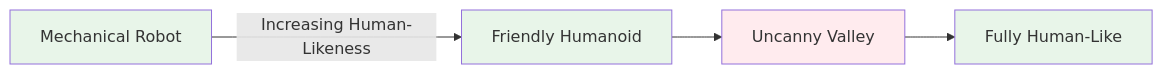
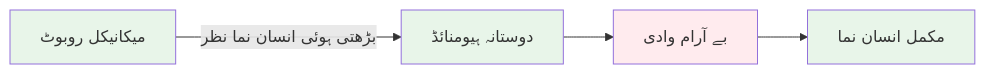
The fourth of 4 diagrams in humanoid-robotics-book/i18n/ur/docusaurus-plugin-content-docs/current/part1-foundations/chapter-02-understanding-humanoid-robots.md (laraib28/hackathon1), drawn with Mermaid before and after one commit. The commit also changed other lines of this file and 148 other files, not shown here.

````diff
--- a/humanoid-robotics-book/i18n/ur/docusaurus-plugin-content-docs/current/part1-foundations/chapter-02-understanding-humanoid-robots.md
+++ b/humanoid-robotics-book/i18n/ur/docusaurus-plugin-content-docs/current/part1-foundations/chapter-02-understanding-humanoid-robots.md
@@ -491,10 +491,10 @@
 ```mermaid
 graph LR
-    A[Mechanical Robot] -->|Increasing Human-Likeness| B[Friendly Humanoid]
-    B --> C[Uncanny Valley]
-    C --> D[Fully Human-Like]
+    A[میکانیکل روبوٹ] -->|بڑھتی ہوئی انسان نما نظر| B[دوستانہ ہیومنائڈ]
+    B --> C[بے آرام وادی]
+    C --> D[مکمل انسان نما]
     style A fill:#e8f5e9
     style B fill:#e8f5e9
     style C fill:#ffebee
     style D fill:#e8f5e9
 ```
````
